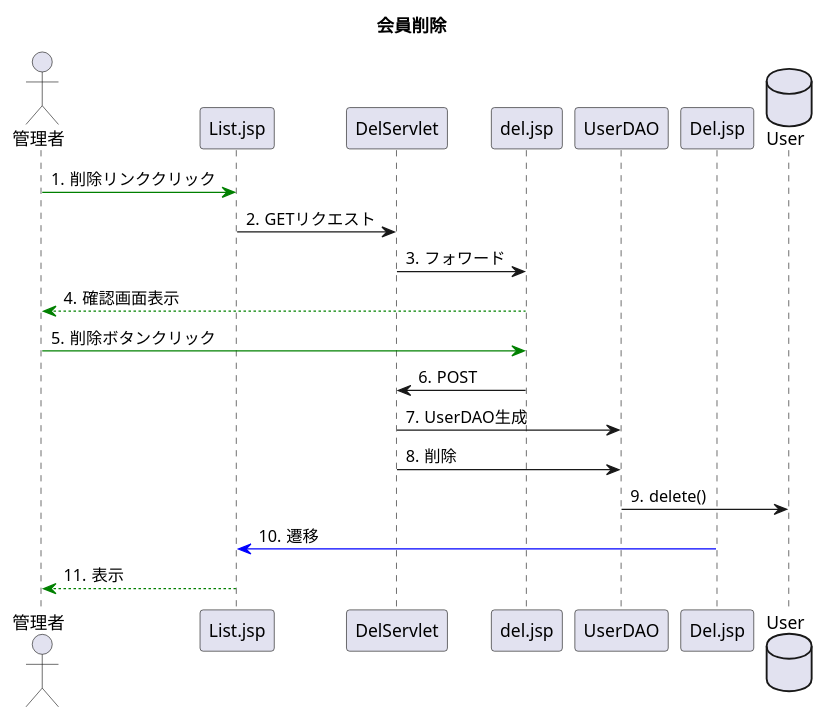
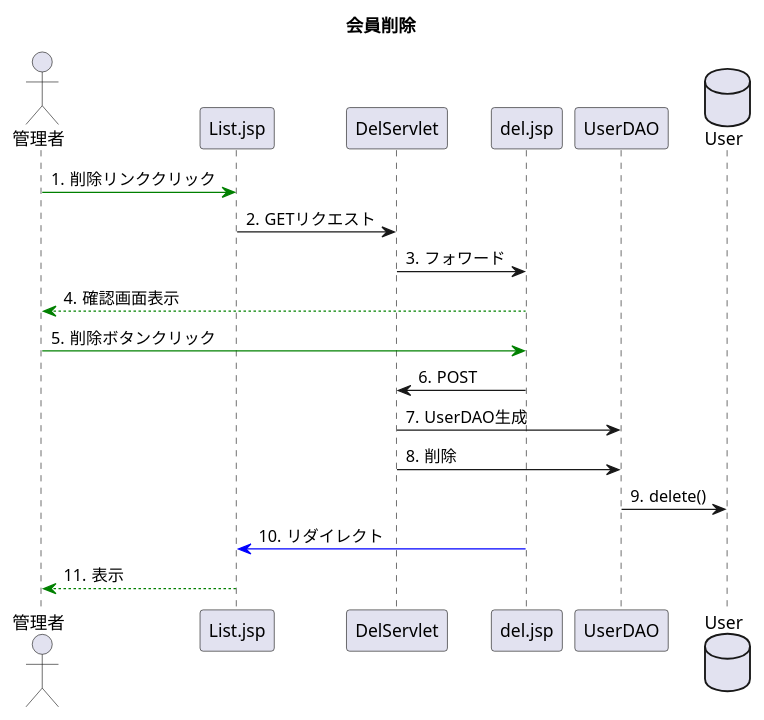
One commit to toufu66/ProjectC changed the diagram in uml_detail/seq_del.pu. Above: the diagram before and after it, drawn with PlantUML. The commit also changed 1 other file, not shown here.

Commit message:
シーケンス図詳細追記栄

```diff
--- a/uml_detail/seq_del.pu
+++ b/uml_detail/seq_del.pu
@@ -1,19 +1,19 @@
 @startuml
 title 会員削除
 autonumber "#."
 actor 管理者
 database User
 
 管理者 -[#green]> List.jsp:削除リンククリック
 List.jsp ->DelServlet:GETリクエスト
 DelServlet -> del.jsp:フォワード
 del.jsp --[#green]> 管理者:確認画面表示
 管理者 -[#green]> del.jsp:削除ボタンクリック
 del.jsp -> DelServlet:POST
 DelServlet -> UserDAO:UserDAO生成
 DelServlet -> UserDAO:削除
 UserDAO -> User:delete()
-Del.jsp-[#blue]> List.jsp:遷移
+del.jsp-[#blue]> List.jsp:リダイレクト
 List.jsp --[#green]> 管理者:表示
 database User
 @enduml
```
